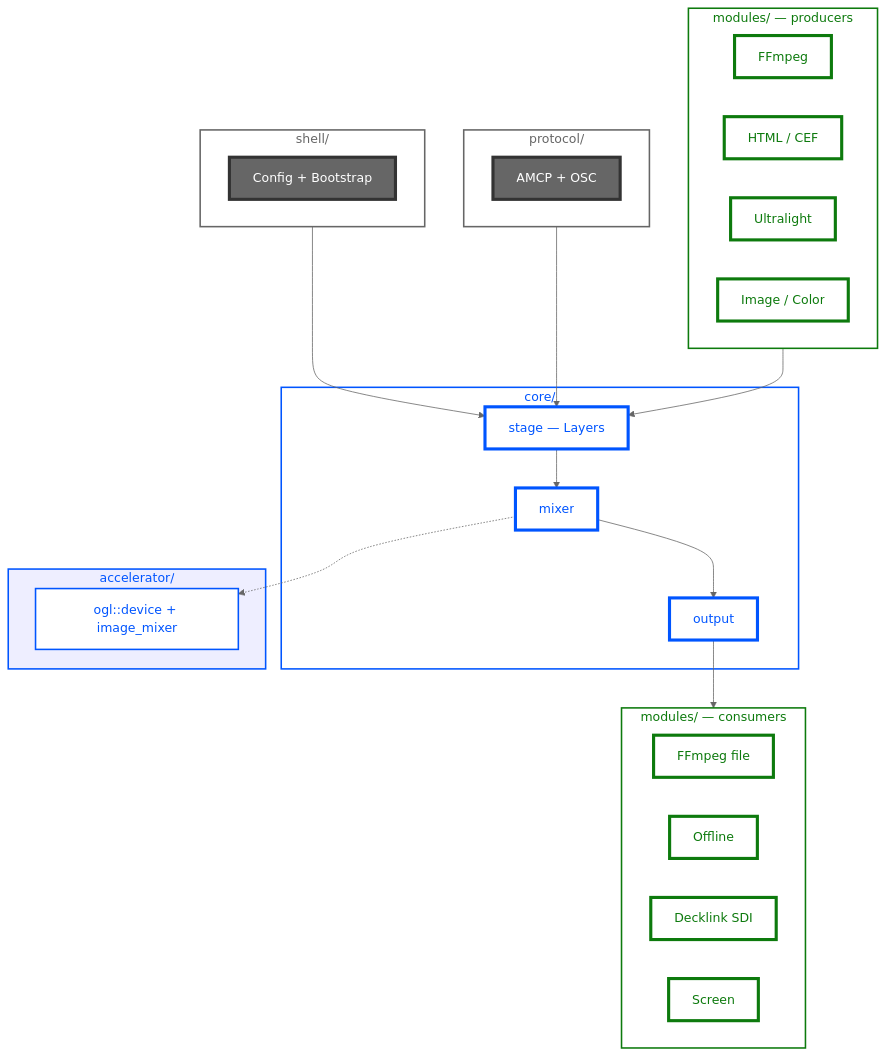
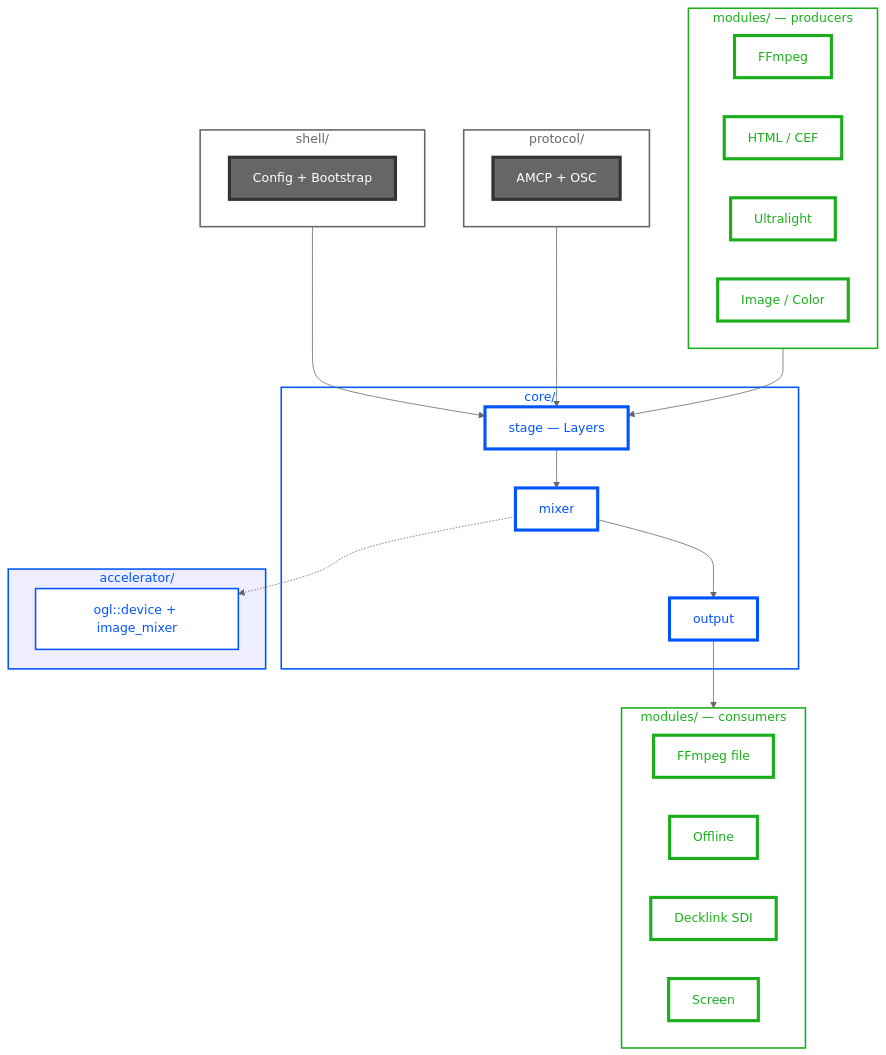
The first of 10 diagrams in docs/architecture.md (den-frie-vilje/casparCG), drawn with Mermaid (neutral theme) before and after one commit. The commit also changed other lines of this file, not shown here.

Commit message:
docs: style all sequence diagrams and OpenGL diagram

````diff
--- a/docs/architecture.md
+++ b/docs/architecture.md
@@ -31,58 +31,58 @@
 ```mermaid
 graph TD
     classDef coreNode fill:#FFF,color:#0055FF,stroke:#0055FF,stroke-width:4px
-    classDef moduleNode fill:#FFF,color:#0D7A0D,stroke:#0D7A0D,stroke-width:4px
+    classDef moduleNode fill:#FFF,color:#1AAF1A,stroke:#1AAF1A,stroke-width:4px
     classDef gpuNode fill:#FFF,color:#0055FF,stroke:#0055FF,stroke-width:2px
     classDef ctrlNode fill:#666,color:#FFF,stroke:#333,stroke-width:4px
     classDef sgCore stroke:#0055FF,fill:#FFF,color:#0055FF,stroke-width:2px
-    classDef sgModule stroke:#0D7A0D,fill:#FFF,color:#0D7A0D,stroke-width:2px
+    classDef sgModule stroke:#1AAF1A,fill:#FFF,color:#1AAF1A,stroke-width:2px
     classDef sgGpu stroke:#0055FF,fill:#EEF,color:#0055FF,stroke-width:2px
     classDef sgCtrl stroke:#666,fill:#FFF,color:#666,stroke-width:2px
 
     subgraph S["shell/"]
         SHELL[Config + Bootstrap]:::ctrlNode
     end
 
     subgraph P["protocol/"]
         AMCP[AMCP + OSC]:::ctrlNode
     end
 
     subgraph MP["modules/ — producers"]
         FFPROD[FFmpeg]:::moduleNode
         HTMLPROD[HTML / CEF]:::moduleNode
         ULPROD[Ultralight]:::moduleNode
         IMGPROD[Image / Color]:::moduleNode
     end
 
     S --> STAGE
     P --> STAGE
     MP --> STAGE
 
     subgraph C["core/"]
         STAGE[stage — Layers]:::coreNode
         STAGE --> MIXER[mixer]:::coreNode
         MIXER --> OUTPUT[output]:::coreNode
     end
 
     MIXER -.-> OGL
 
     subgraph A["accelerator/"]
         OGL[ogl::device + image_mixer]:::gpuNode
     end
 
     subgraph MC["modules/ — consumers"]
         FFCONS[FFmpeg file]:::moduleNode
         OFFCONS[Offline]:::moduleNode
         DECK[Decklink SDI]:::moduleNode
         SCREEN[Screen]:::moduleNode
     end
 
     OUTPUT --> MC
 
     class S sgCtrl
     class P sgCtrl
     class MP sgModule
     class C sgCore
     class A sgGpu
     class MC sgModule
 ```
````
